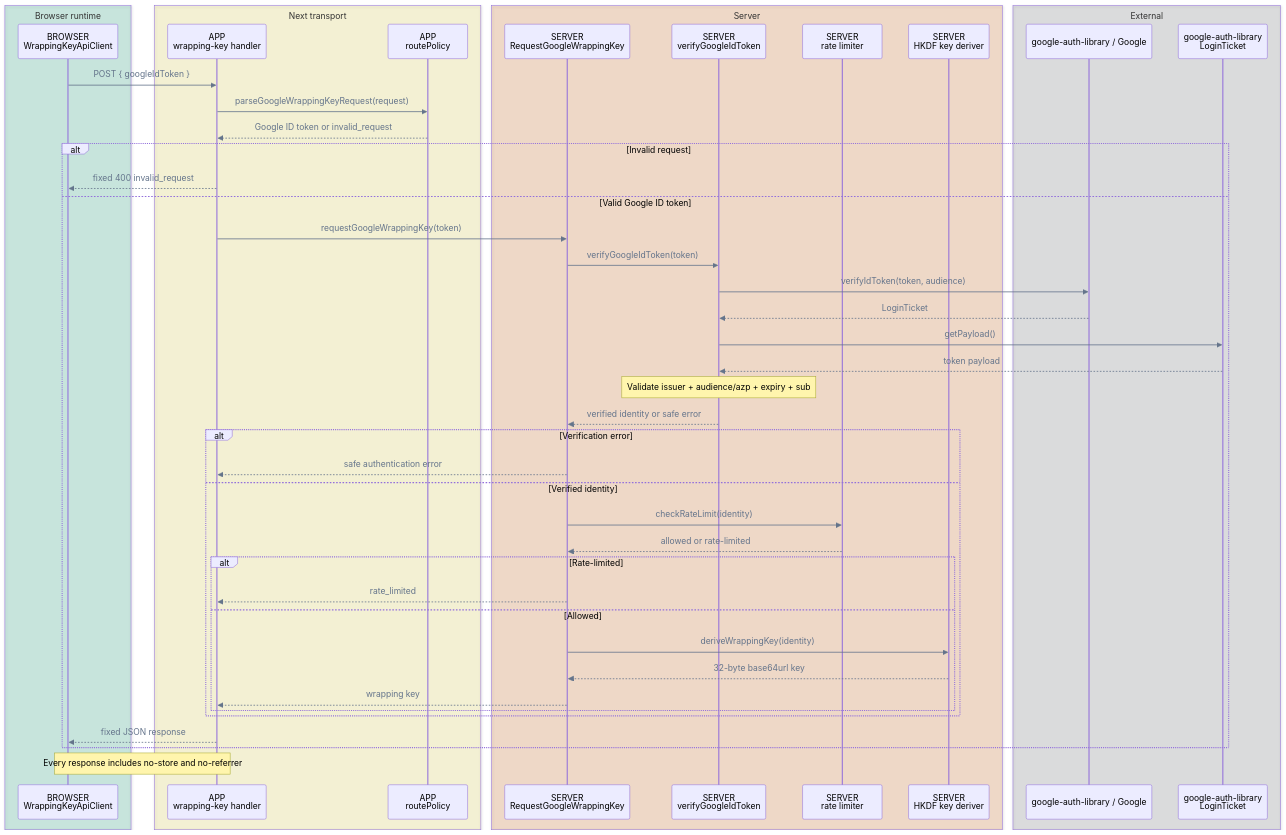
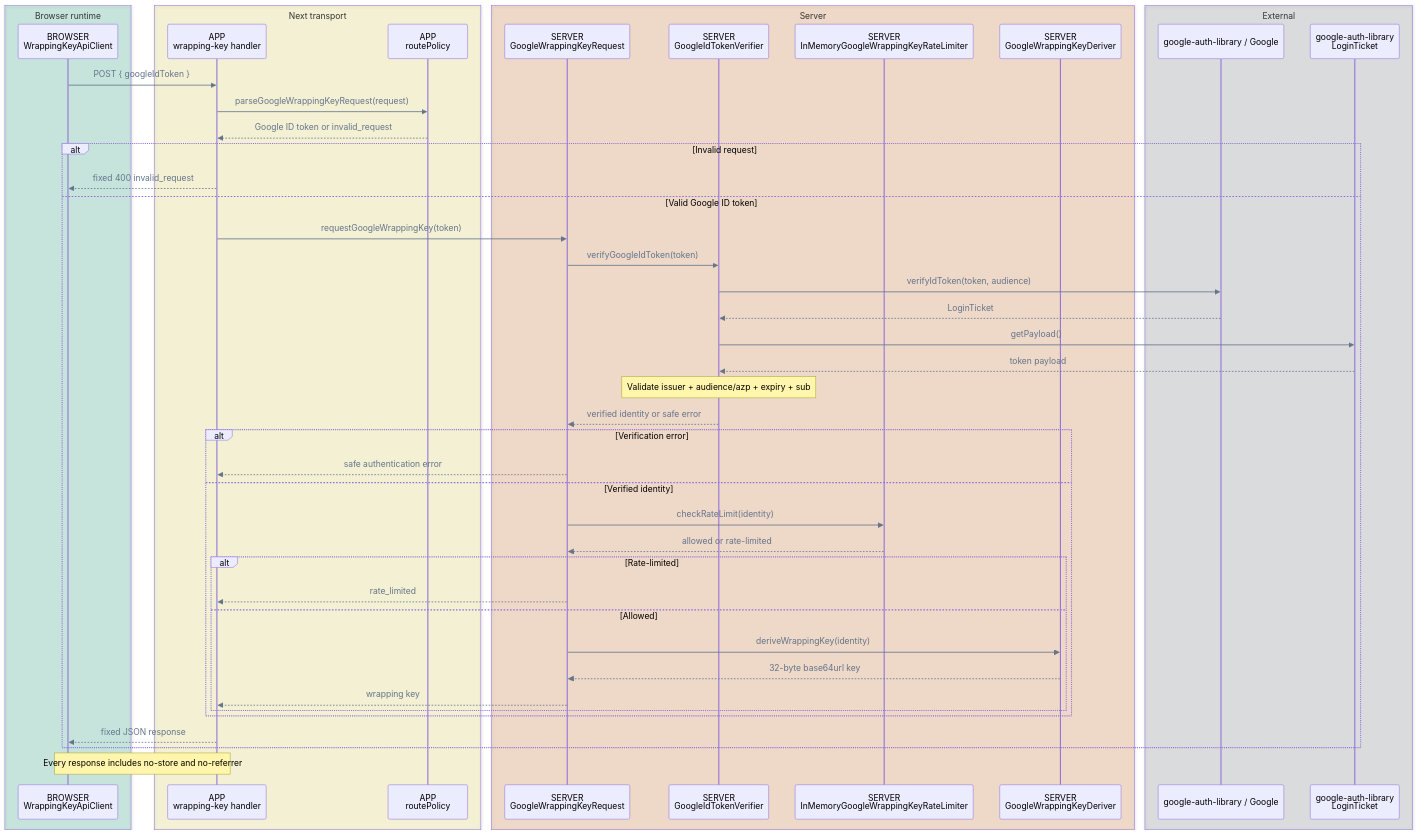
Diagram 13 of 14 in FLOWS.md (pubky/pubky-passport), drawn with Mermaid before and after one commit. The commit also changed 23 other files, not shown here.

First line of the commit message:
refactor: harden Google wrapping key flow

````diff
--- a/FLOWS.md
+++ b/FLOWS.md
@@ -770,54 +770,54 @@
 ```mermaid
 %%{init: {"themeVariables": {"signalColor": "#64748B", "signalTextColor": "#64748B"}}}%%
 sequenceDiagram
     accTitle: Google wrapping-key API call flow
     accDescr: The route validates its request, verifies provider-account claims, applies a keyed identity rate limit, and derives a wrapping key with HKDF.
     box rgba(0, 158, 115, 0.18) Browser runtime
         participant Browser as BROWSER<br/>WrappingKeyApiClient
     end
     box rgba(240, 228, 66, 0.18) Next transport
         participant Handler as APP<br/>wrapping-key handler
         participant Policy as APP<br/>routePolicy
     end
     box rgba(213, 94, 0, 0.18) Server
-        participant Request as SERVER<br/>RequestGoogleWrappingKey
-        participant Verifier as SERVER<br/>verifyGoogleIdToken
-        participant Limiter as SERVER<br/>rate limiter
-        participant Deriver as SERVER<br/>HKDF key deriver
+        participant Request as SERVER<br/>GoogleWrappingKeyRequest
+        participant Verifier as SERVER<br/>GoogleIdTokenVerifier
+        participant Limiter as SERVER<br/>InMemoryGoogleWrappingKeyRateLimiter
+        participant Deriver as SERVER<br/>GoogleWrappingKeyDeriver
     end
     box rgba(17, 24, 39, 0.12) External
         participant Google as google-auth-library / Google
         participant Ticket as google-auth-library<br/>LoginTicket
     end
 
     Browser->>Handler: POST { googleIdToken }
     Handler->>Policy: parseGoogleWrappingKeyRequest(request)
     Policy-->>Handler: Google ID token or invalid_request
     alt Invalid request
         Handler-->>Browser: fixed 400 invalid_request
     else Valid Google ID token
         Handler->>Request: requestGoogleWrappingKey(token)
         Request->>Verifier: verifyGoogleIdToken(token)
         Verifier->>Google: verifyIdToken(token, audience)
         Google-->>Verifier: LoginTicket
         Verifier->>Ticket: getPayload()
         Ticket-->>Verifier: token payload
         Note over Verifier: Validate issuer + audience/azp + expiry + sub
         Verifier-->>Request: verified identity or safe error
         alt Verification error
             Request-->>Handler: safe authentication error
         else Verified identity
             Request->>Limiter: checkRateLimit(identity)
             Limiter-->>Request: allowed or rate-limited
             alt Rate-limited
                 Request-->>Handler: rate_limited
             else Allowed
                 Request->>Deriver: deriveWrappingKey(identity)
                 Deriver-->>Request: 32-byte base64url key
                 Request-->>Handler: wrapping key
             end
         end
         Handler-->>Browser: fixed JSON response
     end
     Note over Handler,Browser: Every response includes no-store and no-referrer
 ```
````
